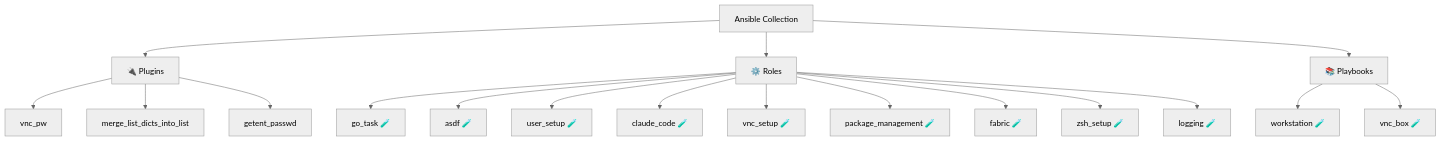
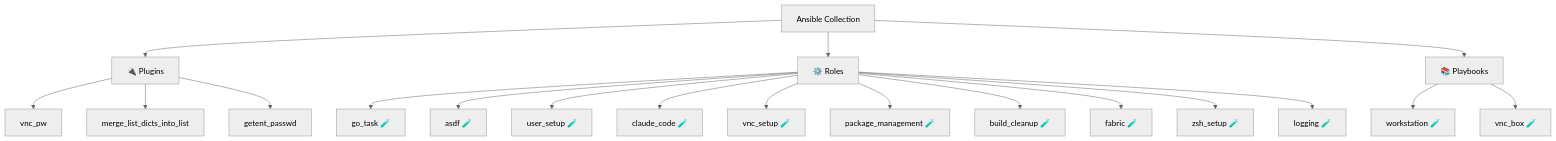
The diagram in README.md (CowDogMoo/ansible-collection-workstation), drawn with Mermaid (neutral theme) before and after one commit. The commit also changed 19 other files, not shown here.

First line of the commit message:
feat: add build_cleanup role for artifact minimization and cleanup automation

````diff
--- a/README.md
+++ b/README.md
@@ -15,21 +15,22 @@
 ```mermaid
 graph TD
     Collection[Ansible Collection]
     Collection --> Plugins[🔌 Plugins]
     Plugins --> P0[vnc_pw]
     Plugins --> P1[merge_list_dicts_into_list]
     Plugins --> P2[getent_passwd]
     Collection --> Roles[⚙️ Roles]
     Roles --> R0[go_task 🧪]
     Roles --> R1[asdf 🧪]
     Roles --> R2[user_setup 🧪]
     Roles --> R3[claude_code 🧪]
     Roles --> R4[vnc_setup 🧪]
     Roles --> R5[package_management 🧪]
-    Roles --> R6[fabric 🧪]
-    Roles --> R7[zsh_setup 🧪]
-    Roles --> R8[logging 🧪]
+    Roles --> R6[build_cleanup 🧪]
+    Roles --> R7[fabric 🧪]
+    Roles --> R8[zsh_setup 🧪]
+    Roles --> R9[logging 🧪]
     Collection --> Playbooks[📚 Playbooks]
     Playbooks --> PB0[workstation 🧪]
     Playbooks --> PB1[vnc_box 🧪]
 ```
````
